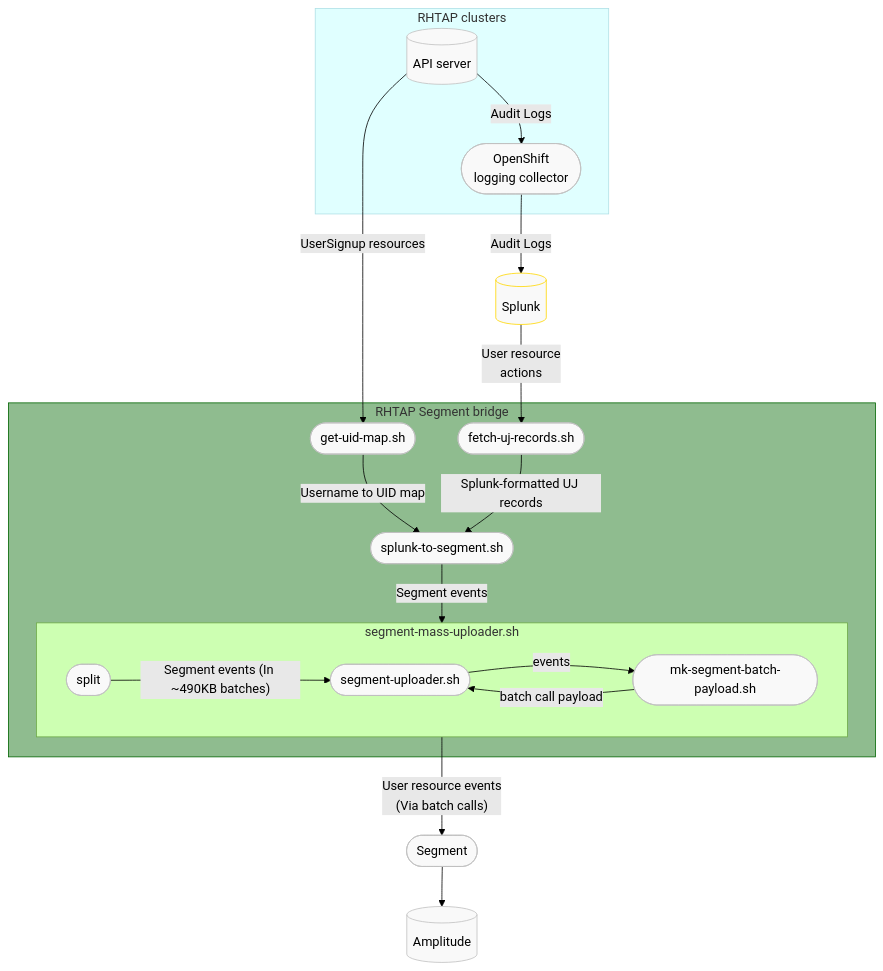
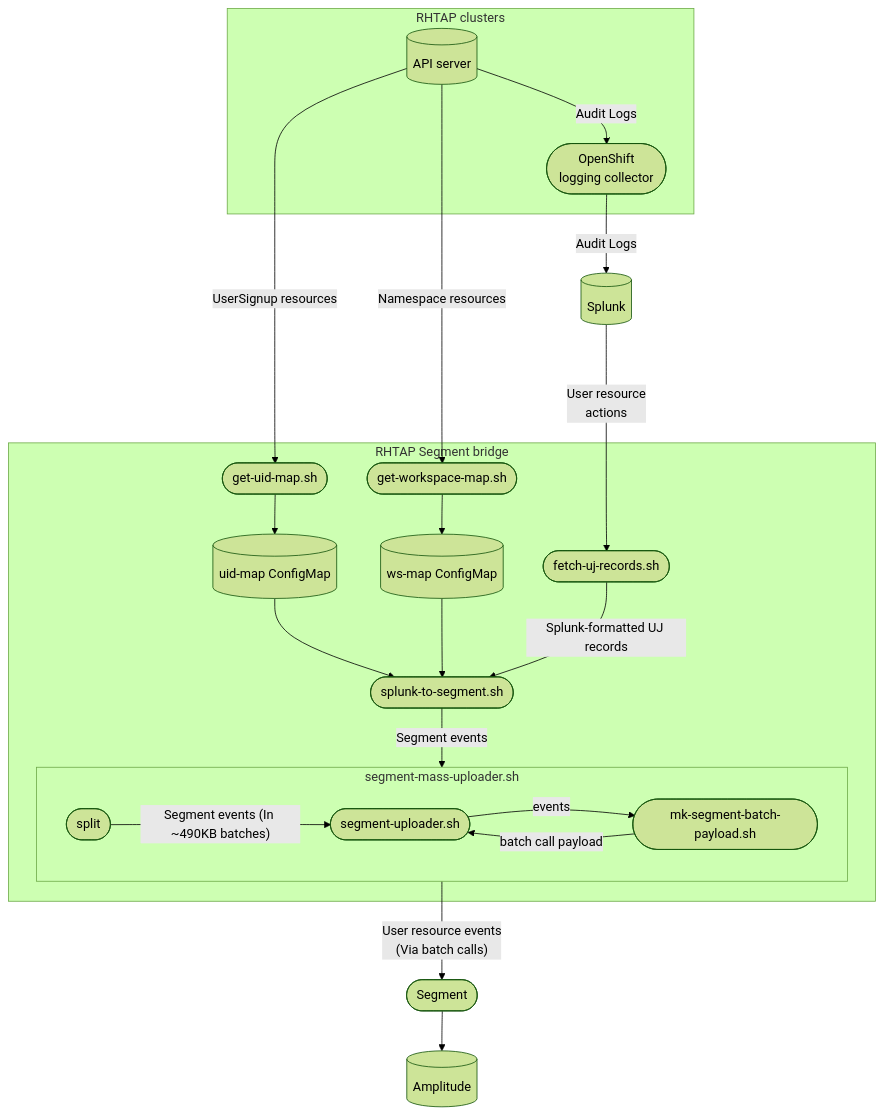
One commit to redhat-appstudio/segment-bridge changed the diagram in README.md. Above: the diagram before and after it, drawn with Mermaid (forest theme). The commit also changed other lines of this file, not shown here.

Commit message:
Update the arch drawing in README

````diff
--- a/README.md
+++ b/README.md
@@ -5,49 +5,48 @@
 ```mermaid
 flowchart TB
     subgraph A["RHTAP clusters"]
         A1[(API server)]
         A2(["OpenShift
         logging collector"])
 
         A1--"Audit Logs"-->A2
     end
 
     A2--"Audit Logs"-->C
-    
+
     C[("Splunk")]
 
     A1--"UserSignup resources"-->B1
+    A1--"Namespace resources"-->B5
 
     subgraph B["RHTAP Segment bridge"]
         B1([get-uid-map.sh])
+        B5([get-workspace-map.sh])
+        B6[(uid-map ConfigMap)]
+        B7[(ws-map ConfigMap)]
         B2([fetch-uj-records.sh])
         B3([splunk-to-segment.sh])
         subgraph B4[segment-mass-uploader.sh]
             B4C([split])
             B4A([segment-uploader.sh])
             B4B([mk-segment-batch-payload.sh])
 
             B4C--"Segment events (In ~490KB batches)"-->B4A
             B4A--"events"-->B4B--"batch call payload"-->B4A
         end
 
-        B1--"Username to UID map"-->B3
+        B1-->B6-->B3
+        B5-->B7-->B3
         B2--"Splunk-formatted UJ records"-->B3
         B3--"Segment events"--> B4
     end
 
     C-- "User resource
-     actions" -->B2
+     actions" ---->B2
 
     G([Segment])
     H[(Amplitude)]
 
     B4-- "User resource events
      (Via batch calls)" -->G-->H
-
-    classDef default fill:#f9f9f9,stroke:silver
-    class A,B,C notDefault
-    style A fill:lightcyan,stroke:powderblue
-    style B fill:darkseagreen,stroke:darkgreen
-    style C fill:lightyelloy,stroke:gold
 ```
````
